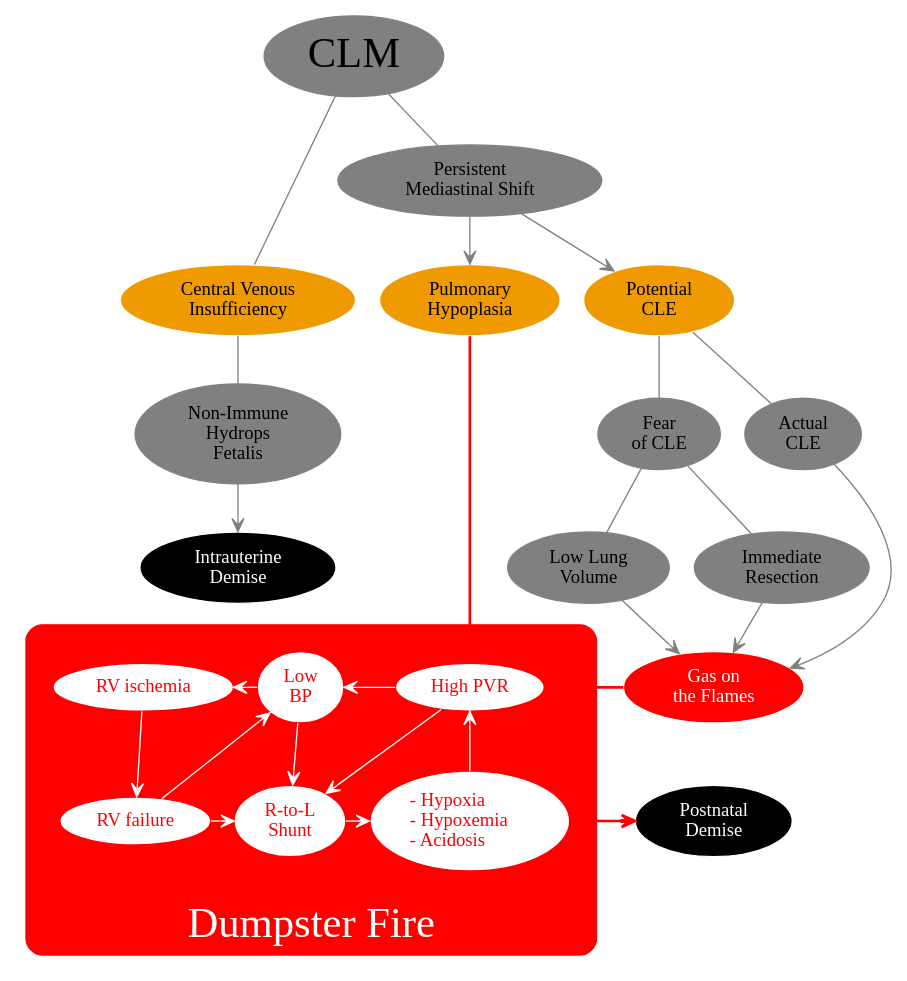
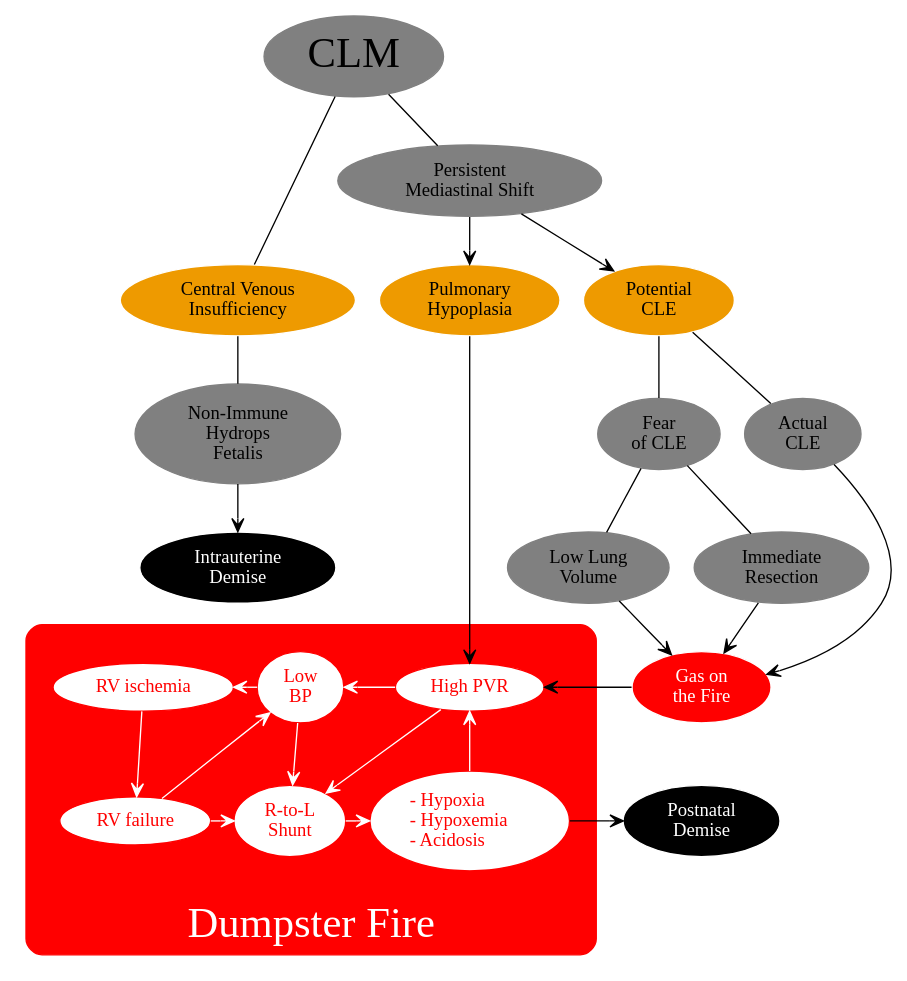
Before and after one commit to mdtsandman/CLO: the diagram in CLO3.dot, drawn with Graphviz. The commit also changed 2 other files, not shown here.

```diff
--- a/CLO3.dot
+++ b/CLO3.dot
@@ -1,95 +1,95 @@
 digraph Risks {
 
 rankdir=TB;
 newrank=true;
 compound=true;
 
 node [color=grey style=filled fillcolor=grey];
-edge [arrowhead=vee color=grey];
+edge [arrowhead=vee];
 
 CLM [label="CLM" fontsize=32];
 PMS [label="Persistent\nMediastinal Shift"];
 PHP [label="Pulmonary\nHypoplasia" fillcolor=orange2 color=white];
 CVP [label="Central Venous\nInsufficiency" fillcolor=orange2 color=white];
 MaybeCLE [label="Potential\nCLE" fillcolor=orange2 color=white];
 NIHF [label="Non-Immune\nHydrops\nFetalis"];
 OR [label="Immediate\nResection"];
 Fear [label="Fear\nof CLE"];
 FRC [label="Low Lung\nVolume"];
 CLE [label="Actual\nCLE"];
 IUD [label="Intrauterine\nDemise" style=filled fillcolor=black color=white fontcolor=white];
 Death [label="Postnatal\nDemise" style=filled fillcolor=black color=white fontcolor=white];
-Catalyst [label="Gas on\nthe Flames" height=0.5 fontcolor=white style=filled fillcolor=red color=white];
+Catalyst [label="Gas on\nthe Fire" fontcolor=white style=filled fillcolor=red color=white];
 
 subgraph ClusterFuck {
 
 	style=rounded;
 	margin=20;
 	color=red;
 	bgcolor=red;
 	fontcolor=white;
 	fontsize=32;
 	label="Dumpster Fire";
 	labelloc=b;
 
 	node [fillcolor=white color=red fontcolor=red];
 	edge [color=white];
 
 	RVI [label="RV ischemia"];
 	RVF [label="RV failure"];
 	
 	subgraph ClusterTriad {
 
 		label="";
 		margin=0;
 		PHTN [label="High PVR"];
 		Shunt [label="R-to-L\nShunt"];
 		LowBP [label="Low\nBP"];
 		Badness [label="- Hypoxia\l- Hypoxemia\l- Acidosis\l"];
 	
 		PHTN -> LowBP -> Shunt -> Badness;
 
 	}
 	
 	PHTN -> Shunt;
 	Badness -> PHTN[weight=200];
 	RVF -> LowBP;
 	RVF -> Shunt;
 	LowBP -> RVI;
 	RVI -> RVF;
 
 	{rank=same PHTN LowBP RVI};
 	{rank=same RVF Shunt};
 
 }
 
 {rank=same CVP PHP MaybeCLE};
 {rank=same NIHF Fear CLE};
 {rank=same IUD FRC OR};
 {rank=same PHTN Catalyst};
 {rank=same Badness Shunt Death};
 
 CLM -> {PMS CVP} [arrowhead=none];
 PMS -> {PHP, MaybeCLE};
 CVP -> NIHF [arrowhead=none weight=100];
 NIHF -> IUD [weight=100];
 MaybeCLE -> Fear[arrowhead=none weight=100];
 Fear -> FRC [arrowhead=none];
 Fear -> OR [arrowhead=none];
 MaybeCLE -> CLE [arrowhead=none];
-PHP -> PHTN [arrowhead=none color=red penwidth=2 weight=200]
+PHP -> PHTN [weight=200]
 
 FRC -> Catalyst [weight=100];
 OR -> Catalyst [weight=100];
 CLE -> Catalyst;
-Catalyst -> PHTN[arrowhead=none color=red penwidth=2];
+Catalyst -> PHTN;
 
 CVP -> PHP -> MaybeCLE [style=invis];
 NIHF -> Fear -> CLE [style=invis];
 IUD -> FRC -> OR [style=invis];
 PHTN -> Catalyst [style=invis];
 
 Catalyst -> Death [style=invis weight=100];
-Badness -> Death[color=red penwidth=2];
+Badness -> Death;
 
 }
```
